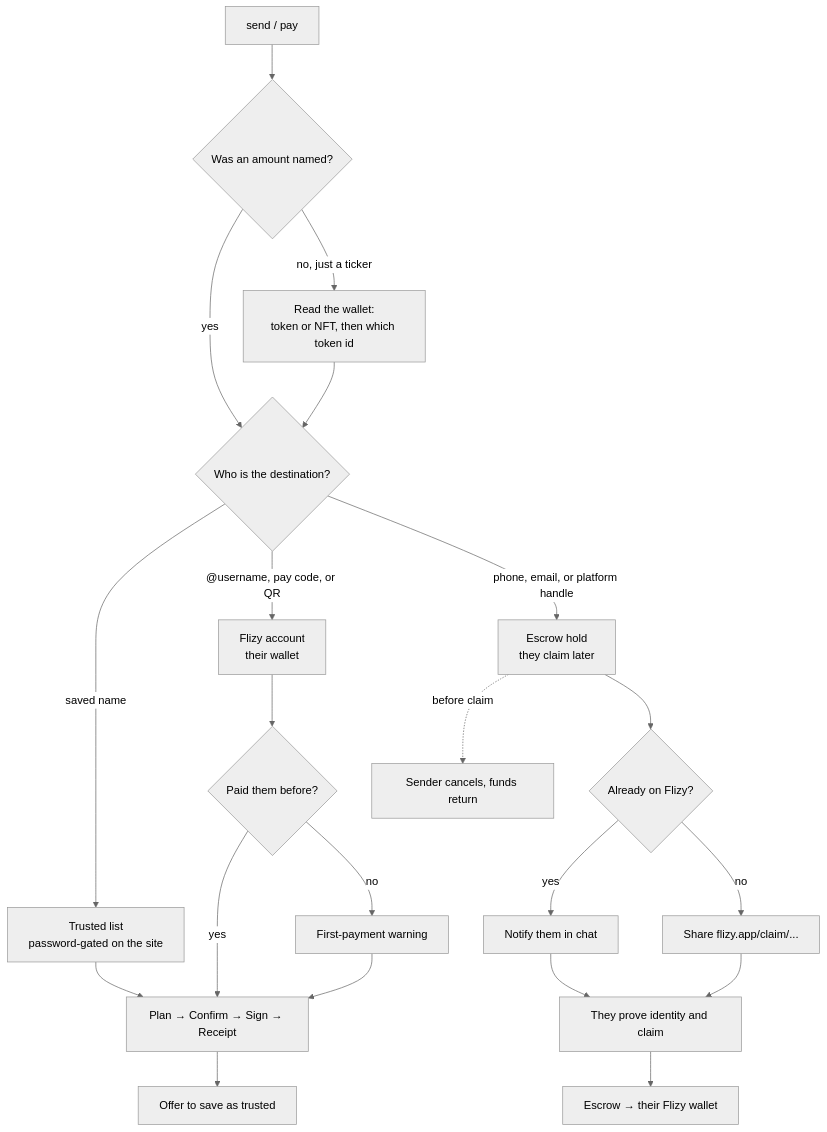
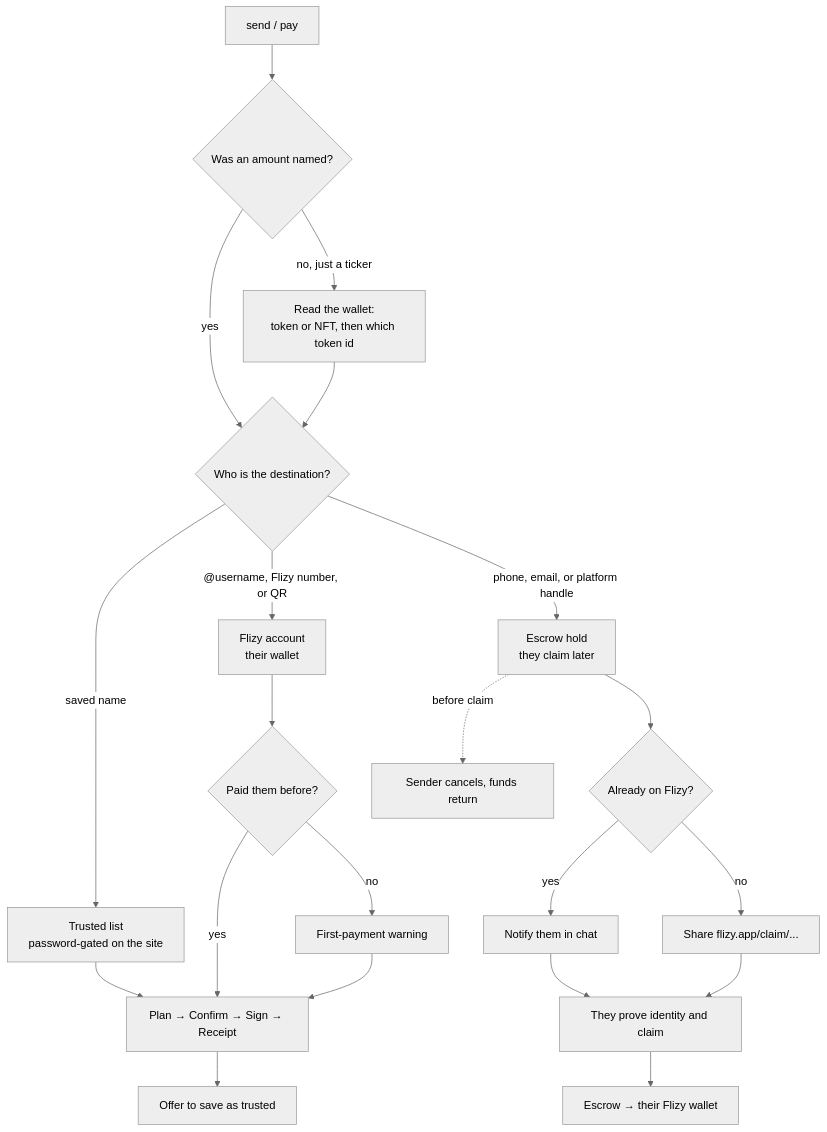
The second of 4 diagrams in README.md (rudazy/flizy), drawn with Mermaid (neutral theme) before and after one commit. The commit also changed other lines of this file and 7 other files, not shown here.

Commit message:
Complete pay-for with a Flizy number

````diff
--- a/README.md
+++ b/README.md
@@ -97,26 +97,26 @@
 ```mermaid
 flowchart TB
   START["send / pay"] --> WHAT{Was an amount named?}
   WHAT -->|yes| KIND{Who is the destination?}
   WHAT -->|"no, just a ticker"| READ["Read the wallet:<br/>token or NFT, then which token id"]
   READ --> KIND
 
   KIND -->|"saved name"| TRUST["Trusted list<br/>password-gated on the site"]
-  KIND -->|"@username, pay code, or QR"| ID["Flizy account<br/>their wallet"]
+  KIND -->|"@username, Flizy number, or QR"| ID["Flizy account<br/>their wallet"]
   KIND -->|"phone, email, or platform handle"| HOLD["Escrow hold<br/>they claim later"]
 
   TRUST --> SPINE["Plan → Confirm → Sign → Receipt"]
   ID --> FIRST{Paid them before?}
   FIRST -->|no| WARN["First-payment warning"]
   FIRST -->|yes| SPINE
   WARN --> SPINE
   SPINE --> SAVE["Offer to save as trusted"]
 
   HOLD --> ON{Already on Flizy?}
   ON -->|yes| NOTE["Notify them in chat"]
   ON -->|no| LINK["Share flizy.app/claim/..."]
   NOTE --> CLAIM["They prove identity and claim"]
   LINK --> CLAIM
   CLAIM --> PAY["Escrow → their Flizy wallet"]
   HOLD -.->|before claim| CANCEL["Sender cancels, funds return"]
 ```
````
